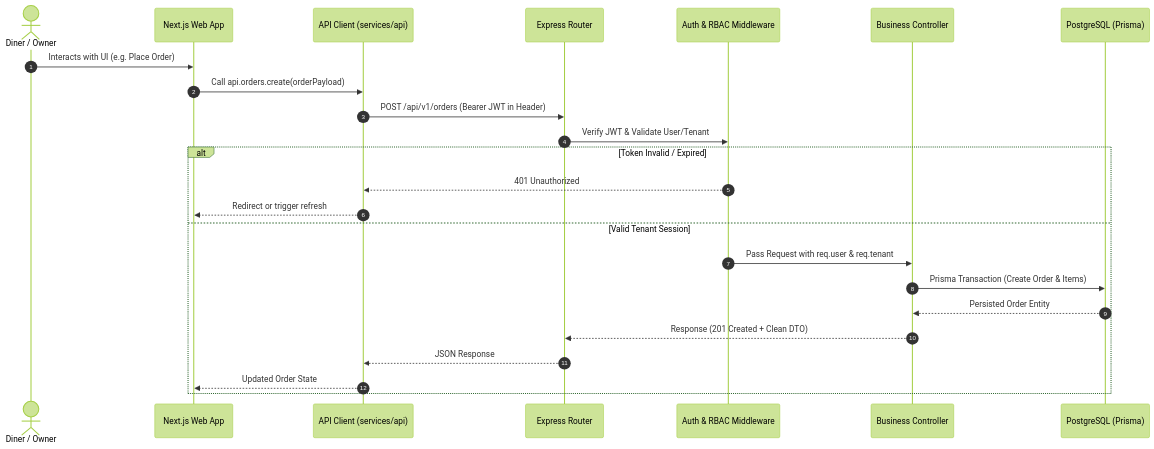
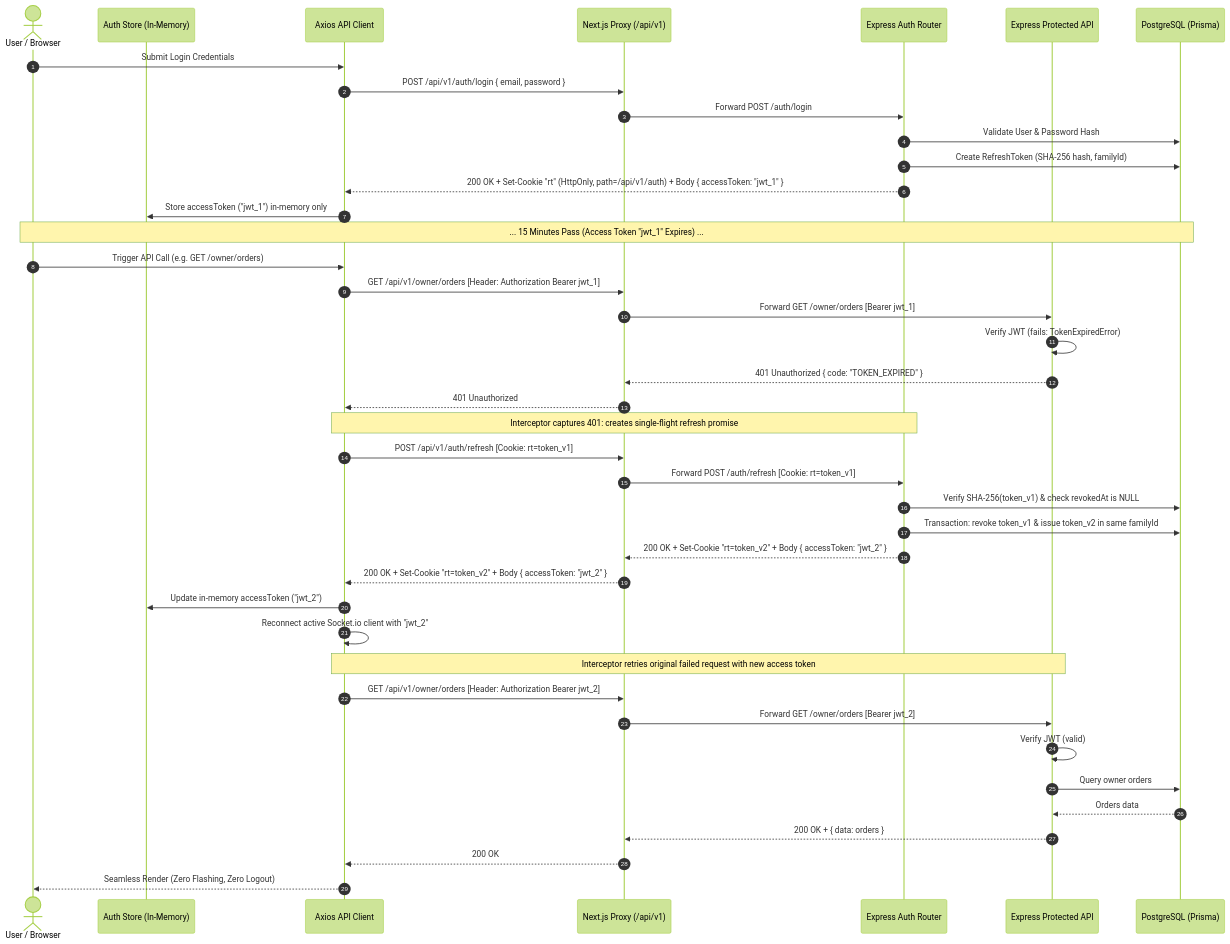
Before and after one commit to shivabhardwaj4545-art/Resturent-Management: the second of 3 diagrams in docs/ARCHITECTURE.md, drawn with Mermaid (forest theme). The commit also changed other lines of this file and 31 other files, not shown here.

Commit message:
feat(auth): implement rotated refresh-token authentication with in-memory access tokens

````diff
--- a/docs/ARCHITECTURE.md
+++ b/docs/ARCHITECTURE.md
@@ -69,27 +69,51 @@
 ```mermaid
 sequenceDiagram
     autonumber
-    actor Customer as Diner / Owner
-    participant Web as Next.js Web App
-    participant Client as API Client (services/api)
-    participant Router as Express Router
-    participant Auth as Auth & RBAC Middleware
-    participant Controller as Business Controller
+    actor User as User / Browser
+    participant Store as Auth Store (In-Memory)
+    participant Client as Axios API Client
+    participant Proxy as Next.js Proxy (/api/v1)
+    participant AuthAPI as Express Auth Router
+    participant API as Express Protected API
     participant DB as PostgreSQL (Prisma)
 
-    Customer->>Web: Interacts with UI (e.g. Place Order)
-    Web->>Client: Call api.orders.create(orderPayload)
-    Client->>Router: POST /api/v1/orders (Bearer JWT in Header)
-    Router->>Auth: Verify JWT & Validate User/Tenant
-    alt Token Invalid / Expired
-        Auth-->>Client: 401 Unauthorized
-        Client-->>Web: Redirect or trigger refresh
-    else Valid Tenant Session
-        Auth->>Controller: Pass Request with req.user & req.tenant
-        Controller->>DB: Prisma Transaction (Create Order & Items)
-        DB-->>Controller: Persisted Order Entity
-        Controller-->>Router: Response (201 Created + Clean DTO)
-        Router-->>Client: JSON Response
-        Client-->>Web: Updated Order State
-    end
+    %% 1. Initial Login
+    User->>Client: Submit Login Credentials
+    Client->>Proxy: POST /api/v1/auth/login { email, password }
+    Proxy->>AuthAPI: Forward POST /auth/login
+    AuthAPI->>DB: Validate User & Password Hash
+    AuthAPI->>DB: Create RefreshToken (SHA-256 hash, familyId)
+    AuthAPI-->>Client: 200 OK + Set-Cookie "rt" (HttpOnly, path=/api/v1/auth) + Body { accessToken: "jwt_1" }
+    Client->>Store: Store accessToken ("jwt_1") in-memory only
+
+    %% 2. Normal Request & 401
+    Note over User,DB: ... 15 Minutes Pass (Access Token "jwt_1" Expires) ...
+    User->>Client: Trigger API Call (e.g. GET /owner/orders)
+    Client->>Proxy: GET /api/v1/owner/orders [Header: Authorization Bearer jwt_1]
+    Proxy->>API: Forward GET /owner/orders [Bearer jwt_1]
+    API->>API: Verify JWT (fails: TokenExpiredError)
+    API-->>Proxy: 401 Unauthorized { code: "TOKEN_EXPIRED" }
+    Proxy-->>Client: 401 Unauthorized
+
+    %% 3. Single-Flight Refresh
+    Note over Client,AuthAPI: Interceptor captures 401: creates single-flight refresh promise
+    Client->>Proxy: POST /api/v1/auth/refresh [Cookie: rt=token_v1]
+    Proxy->>AuthAPI: Forward POST /auth/refresh [Cookie: rt=token_v1]
+    AuthAPI->>DB: Verify SHA-256(token_v1) & check revokedAt is NULL
+    AuthAPI->>DB: Transaction: revoke token_v1 & issue token_v2 in same familyId
+    AuthAPI-->>Proxy: 200 OK + Set-Cookie "rt=token_v2" + Body { accessToken: "jwt_2" }
+    Proxy-->>Client: 200 OK + Set-Cookie "rt=token_v2" + Body { accessToken: "jwt_2" }
+    Client->>Store: Update in-memory accessToken ("jwt_2")
+    Client->>Client: Reconnect active Socket.io client with "jwt_2"
+
+    %% 4. Automatic Retry
+    Note over Client,API: Interceptor retries original failed request with new access token
+    Client->>Proxy: GET /api/v1/owner/orders [Header: Authorization Bearer jwt_2]
+    Proxy->>API: Forward GET /owner/orders [Bearer jwt_2]
+    API->>API: Verify JWT (valid)
+    API->>DB: Query owner orders
+    DB-->>API: Orders data
+    API-->>Proxy: 200 OK + { data: orders }
+    Proxy-->>Client: 200 OK
+    Client-->>User: Seamless Render (Zero Flashing, Zero Logout)
 ```
````
